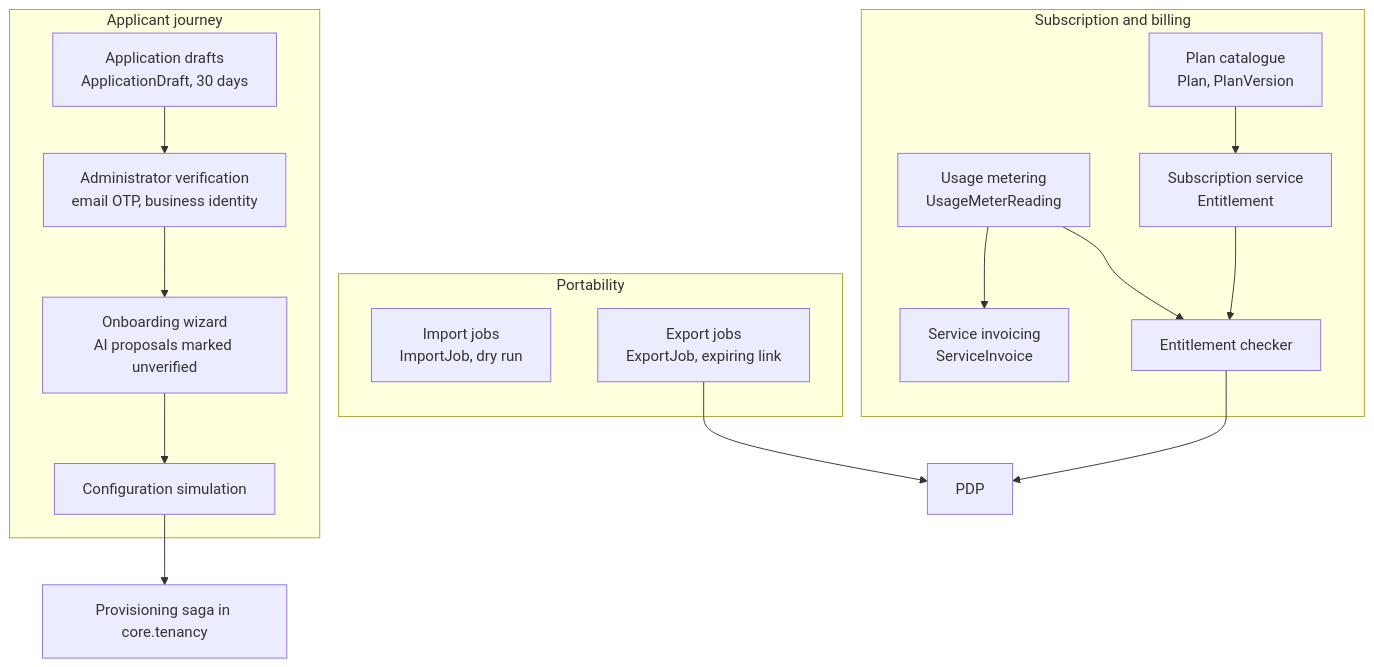
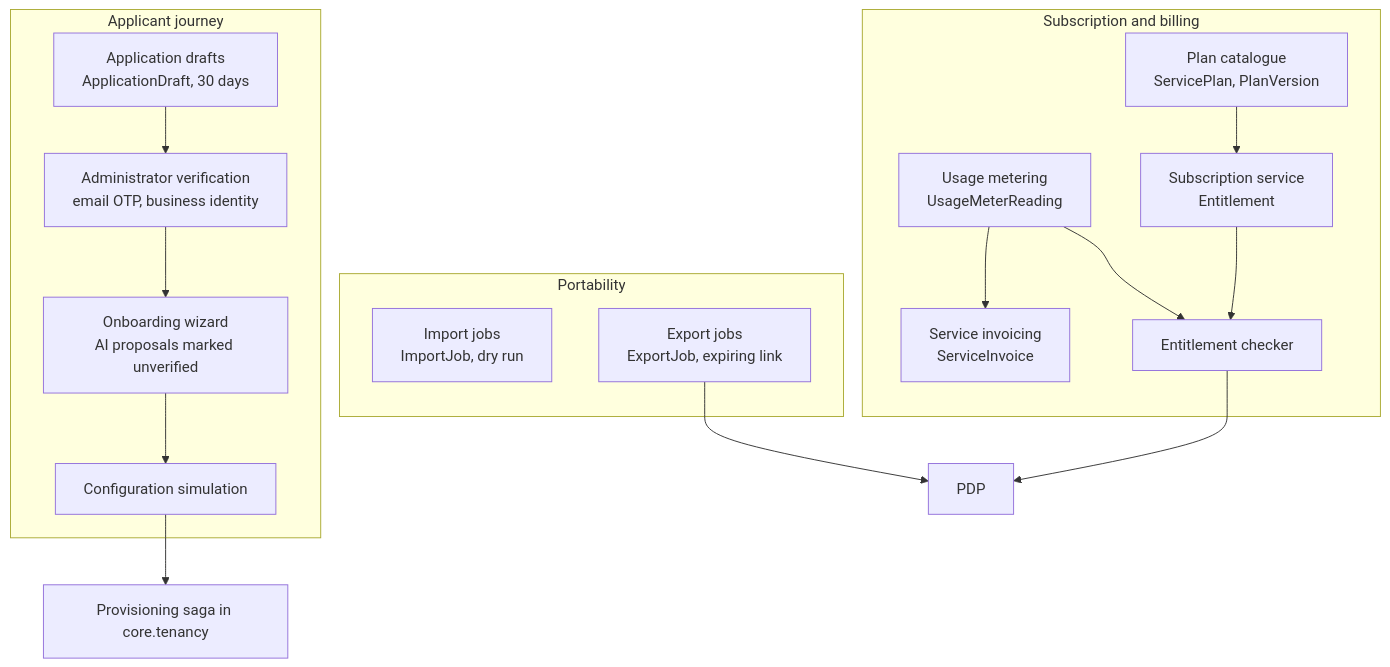
One commit to vishnukeerthi0428-ctrl/Allinonecalculator changed diagram 11 of 19 in blueprint/Part-03-1_Architecture.md. Above: the diagram before and after it, drawn with Mermaid. The commit also changed other lines of this file and 1 other file, not shown here.

````diff
--- a/blueprint/Part-03-1_Architecture.md
+++ b/blueprint/Part-03-1_Architecture.md
@@ -637,32 +638,32 @@
 ```mermaid
 flowchart TD
   subgraph APPL["Applicant journey"]
     APD["Application drafts<br/>ApplicationDraft, 30 days"]
     VER["Administrator verification<br/>email OTP, business identity"]
     WIZ["Onboarding wizard<br/>AI proposals marked unverified"]
     SIMW["Configuration simulation"]
   end
   subgraph SUB["Subscription and billing"]
-    PLN2["Plan catalogue<br/>Plan, PlanVersion"]
+    PLN2["Plan catalogue<br/>ServicePlan, PlanVersion"]
     SUBS["Subscription service<br/>Entitlement"]
     MET["Usage metering<br/>UsageMeterReading"]
     BILL["Service invoicing<br/>ServiceInvoice"]
     ENT["Entitlement checker"]
   end
   subgraph PORT["Portability"]
     IMP["Import jobs<br/>ImportJob, dry run"]
     EXP["Export jobs<br/>ExportJob, expiring link"]
   end
   PROVX["Provisioning saga in core.tenancy"]
   PDPZ["PDP"]
   APD --> VER
   VER --> WIZ
   WIZ --> SIMW
   SIMW --> PROVX
   PLN2 --> SUBS
   SUBS --> ENT
   ENT --> PDPZ
   MET --> BILL
   MET --> ENT
   EXP --> PDPZ
 ```
````
